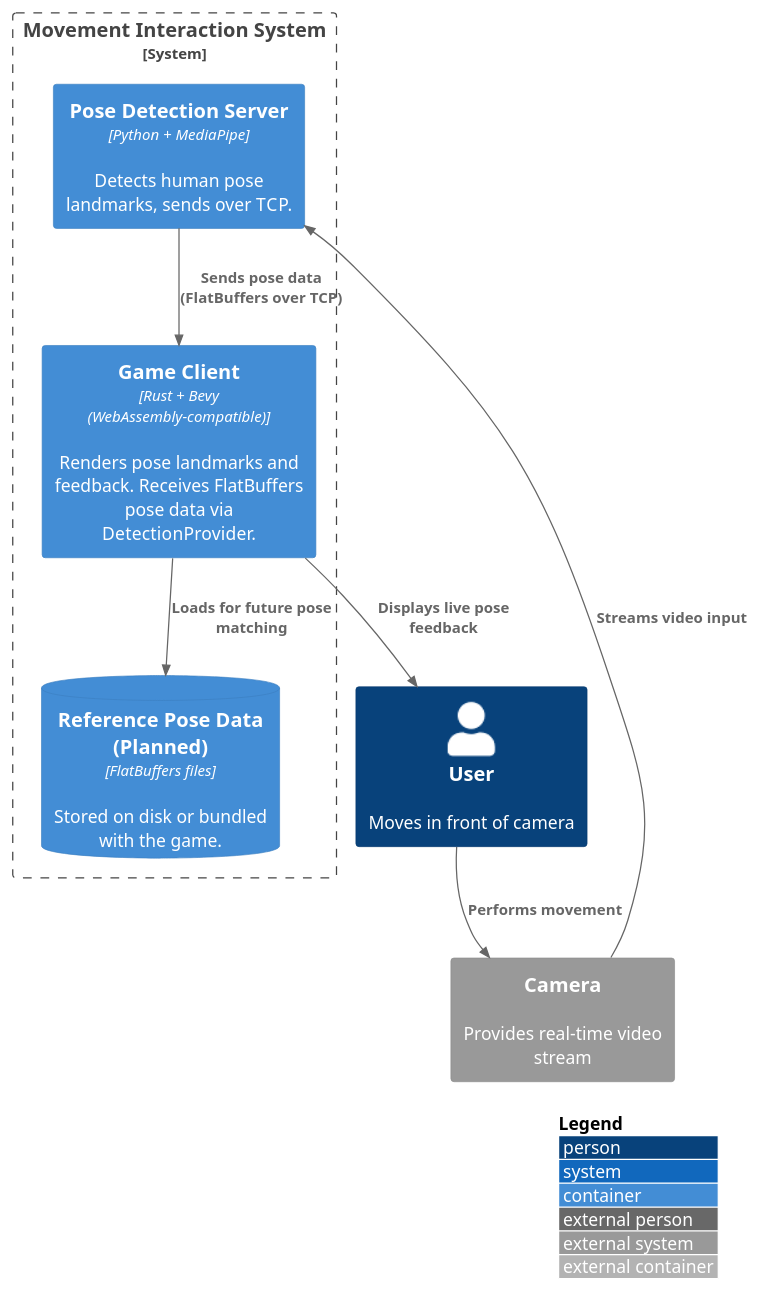
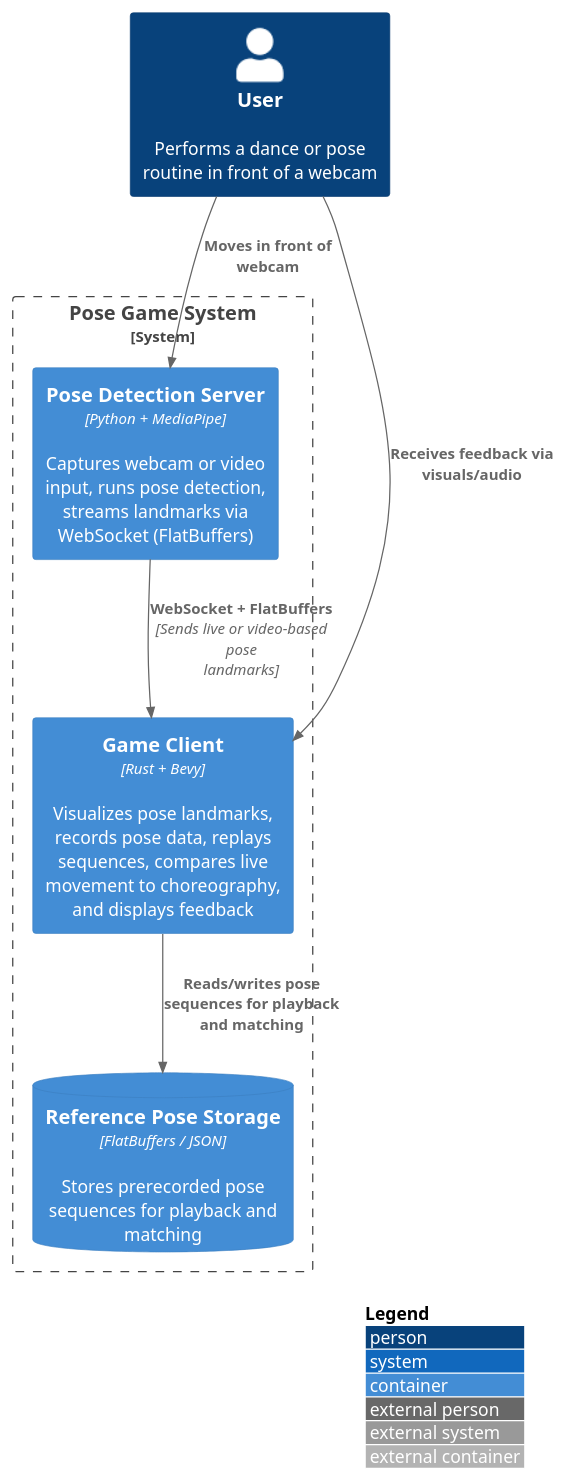
Before and after one commit to tobiaslocker/pose: the diagram in docs/arch/diagrams/c4-level-2-system-container.puml, drawn with PlantUML. The commit also changed 50 other files, not shown here.

```diff
--- a/docs/arch/diagrams/c4-level-2-system-container.puml
+++ b/docs/arch/diagrams/c4-level-2-system-container.puml
@@ -1,21 +1,19 @@
 @startuml
 !includeurl https://raw.githubusercontent.com/plantuml-stdlib/C4-PlantUML/master/C4_Container.puml
 LAYOUT_WITH_LEGEND()
 
-System_Boundary(system, "Movement Interaction System") {
-    Container(gameClient, "Game Client", "Rust + Bevy (WebAssembly-compatible)", "Renders pose landmarks and feedback. Receives FlatBuffers pose data via DetectionProvider.")
-    Container(poseServer, "Pose Detection Server", "Python + MediaPipe", "Detects human pose landmarks, sends over TCP.")
-    ContainerDb(referenceData, "Reference Pose Data (Planned)", "FlatBuffers files", "Stored on disk or bundled with the game.")
+Person(user, "User", "Performs a dance or pose routine in front of a webcam")
+
+System_Boundary(game, "Pose Game System") {
+    Container(bevyApp, "Game Client", "Rust + Bevy", "Visualizes pose landmarks, records pose data, replays sequences, compares live movement to choreography, and displays feedback")
+    
+    Container(pythonServer, "Pose Detection Server", "Python + MediaPipe", "Captures webcam or video input, runs pose detection, streams landmarks via WebSocket (FlatBuffers)")
+
+    ContainerDb(recordings, "Reference Pose Storage", "FlatBuffers / JSON", "Stores prerecorded pose sequences for playback and matching")
 }
 
-Person(user, "User", "Moves in front of camera")
-
-System_Ext(camera, "Camera", "Provides real-time video stream")
-
-Rel(user, camera, "Performs movement")
-Rel(camera, poseServer, "Streams video input")
-Rel(poseServer, gameClient, "Sends pose data (FlatBuffers over TCP)")
-Rel(gameClient, referenceData, "Loads for future pose matching")
-Rel(gameClient, user, "Displays live pose feedback")
-
+Rel(user, pythonServer, "Moves in front of webcam")
+Rel(pythonServer, bevyApp, "WebSocket + FlatBuffers", "Sends live or video-based pose landmarks")
+Rel(bevyApp, recordings, "Reads/writes pose sequences for playback and matching")
+Rel(user, bevyApp, "Receives feedback via visuals/audio")
 @enduml
```
